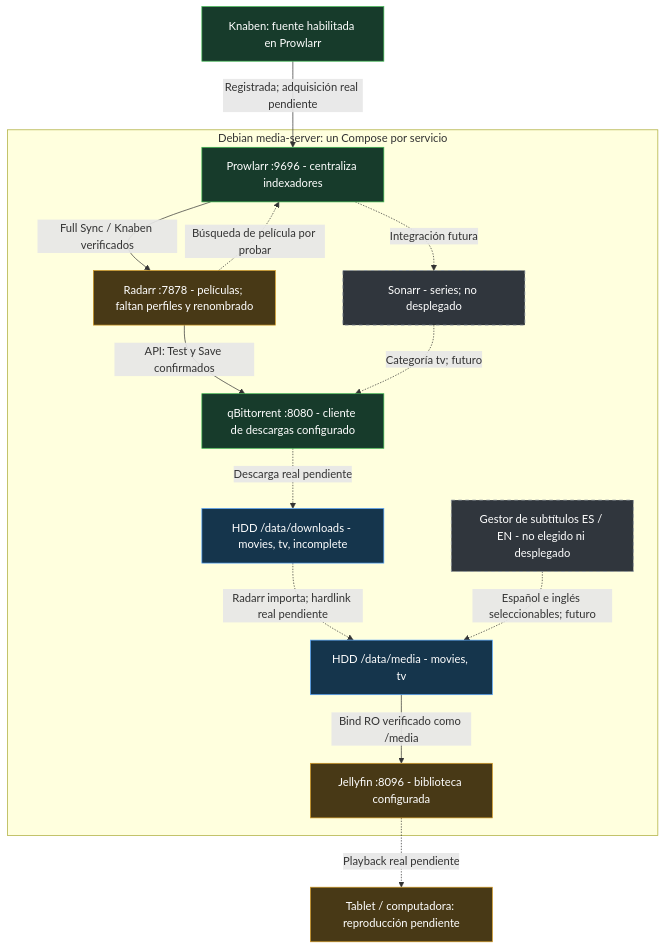
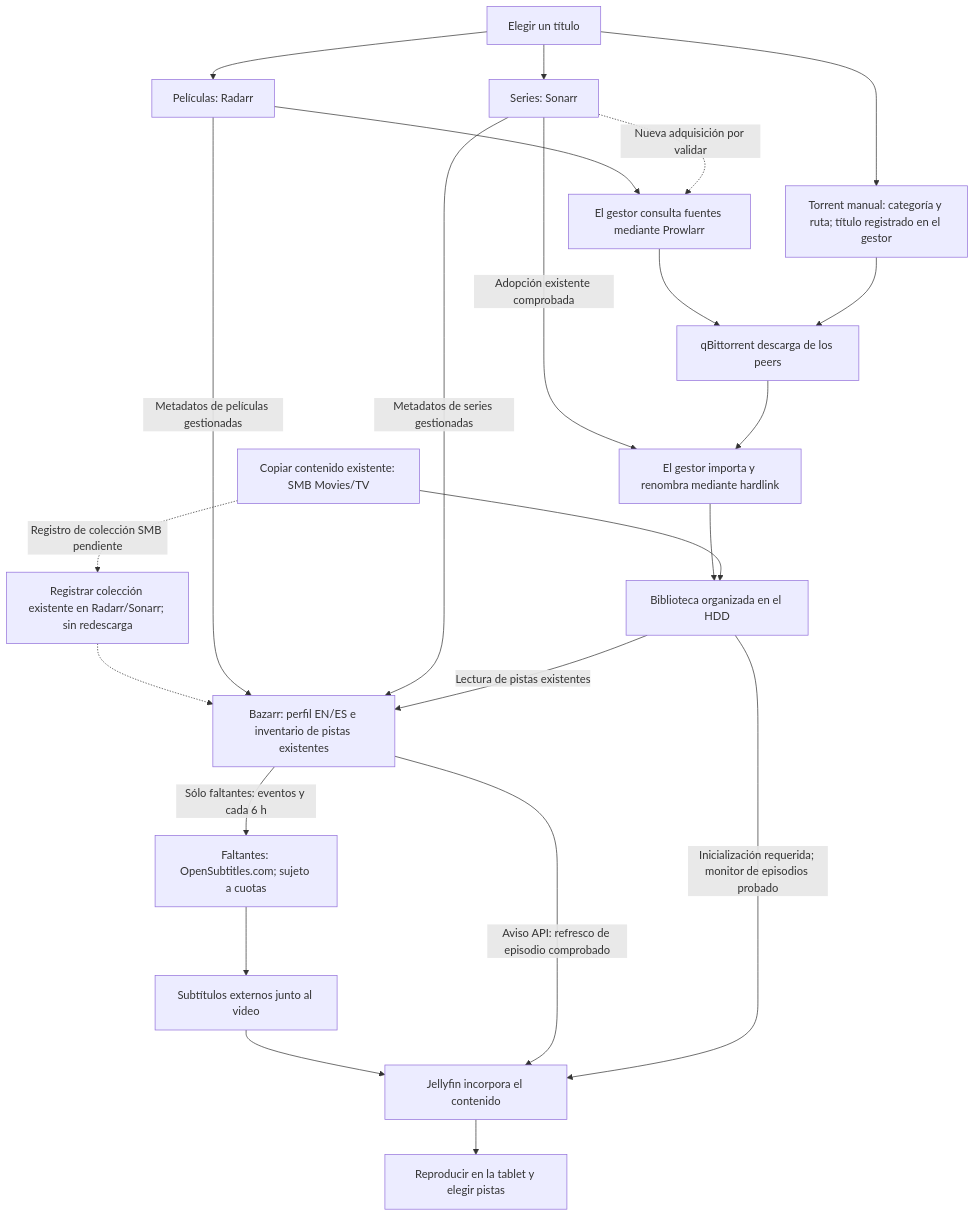
One commit to jdfesa/homelab changed the diagram in media-server/README.md. Above: the diagram before and after it, drawn with Mermaid. The commit also changed other lines of this file and 30 other files, not shown here.

Commit message:
docs(media-server): consolidate reproducible workflows and recovery

````diff
--- a/media-server/README.md
+++ b/media-server/README.md
@@ -12,34 +23,40 @@
 ```mermaid
 flowchart TB
-    source["Knaben: fuente habilitada en Prowlarr"]
-    viewer["Tablet / computadora: reproducción pendiente"]
-    subgraph debianVm["Debian media-server: un Compose por servicio"]
-        prowlarr["Prowlarr :9696 - centraliza indexadores"]
-        radarr["Radarr :7878 - películas; faltan perfiles y renombrado"]
-        qbittorrent["qBittorrent :8080 - cliente de descargas configurado"]
-        downloads["HDD /data/downloads - movies, tv, incomplete"]
-        library["HDD /data/media - movies, tv"]
-        jellyfin["Jellyfin :8096 - biblioteca configurada"]
-        sonarr["Sonarr - series; no desplegado"]
-        subtitles["Gestor de subtítulos ES / EN - no elegido ni desplegado"]
-    end
-    source -->|"Registrada; adquisición real pendiente"| prowlarr
-    prowlarr -->|"Full Sync / Knaben verificados"| radarr
-    radarr -->|"API: Test y Save confirmados"| qbittorrent
-    radarr -.->|"Búsqueda de película por probar"| prowlarr
-    qbittorrent -.->|"Descarga real pendiente"| downloads
-    downloads -.->|"Radarr importa; hardlink real pendiente"| library
-    library -->|"Bind RO verificado como /media"| jellyfin
-    jellyfin -.->|"Playback real pendiente"| viewer
-    prowlarr -.->|"Integración futura"| sonarr
-    sonarr -.->|"Categoría tv; futuro"| qbittorrent
-    subtitles -.->|"Español e inglés seleccionables; futuro"| library
-    classDef configured fill:#173b2b,stroke:#3fb950,color:#ffffff
-    classDef partial fill:#483916,stroke:#d29922,color:#ffffff
-    classDef storage fill:#15354c,stroke:#58a6ff,color:#ffffff
-    classDef planned fill:#30363d,stroke:#8b949e,color:#ffffff,stroke-dasharray:5 5
-    class source,prowlarr,qbittorrent configured
-    class radarr,jellyfin,viewer partial
-    class downloads,library storage
-    class sonarr,subtitles planned
+    request["Elegir un título"]
+    radarr["Películas: Radarr"]
+    sonarr["Series: Sonarr"]
+    search["El gestor consulta fuentes mediante Prowlarr"]
+    download["qBittorrent descarga de los peers"]
+    organize["El gestor importa y renombra mediante hardlink"]
+    library["Biblioteca organizada en el HDD"]
+    existing["Copiar contenido existente: SMB Movies/TV"]
+    register["Registrar colección existente en Radarr/Sonarr; sin redescarga"]
+    manual["Torrent manual: categoría y ruta; título registrado en el gestor"]
+    scan["Jellyfin incorpora el contenido"]
+    watch["Reproducir en la tablet y elegir pistas"]
+    bazarr["Bazarr: perfil EN/ES e inventario de pistas existentes"]
+    providers["Faltantes: OpenSubtitles.com; sujeto a cuotas"]
+    subtitles["Subtítulos externos junto al video"]
+    request --> radarr
+    request --> sonarr
+    request --> manual
+    radarr --> search
+    sonarr -.->|"Nueva adquisición por validar"| search
+    sonarr -->|"Adopción existente comprobada"| organize
+    search --> download
+    manual --> download
+    download --> organize
+    organize --> library
+    existing --> library
+    existing -.->|"Registro de colección SMB pendiente"| register
+    register -.-> bazarr
+    radarr -->|"Metadatos de películas gestionadas"| bazarr
+    sonarr -->|"Metadatos de series gestionadas"| bazarr
+    library -->|"Lectura de pistas existentes"| bazarr
+    bazarr -->|"Sólo faltantes: eventos y cada 6 h"| providers
+    providers --> subtitles
+    subtitles --> scan
+    bazarr -->|"Aviso API: refresco de episodio comprobado"| scan
+    library -->|"Inicialización requerida; monitor de episodios probado"| scan
+    scan --> watch
 ```
````
